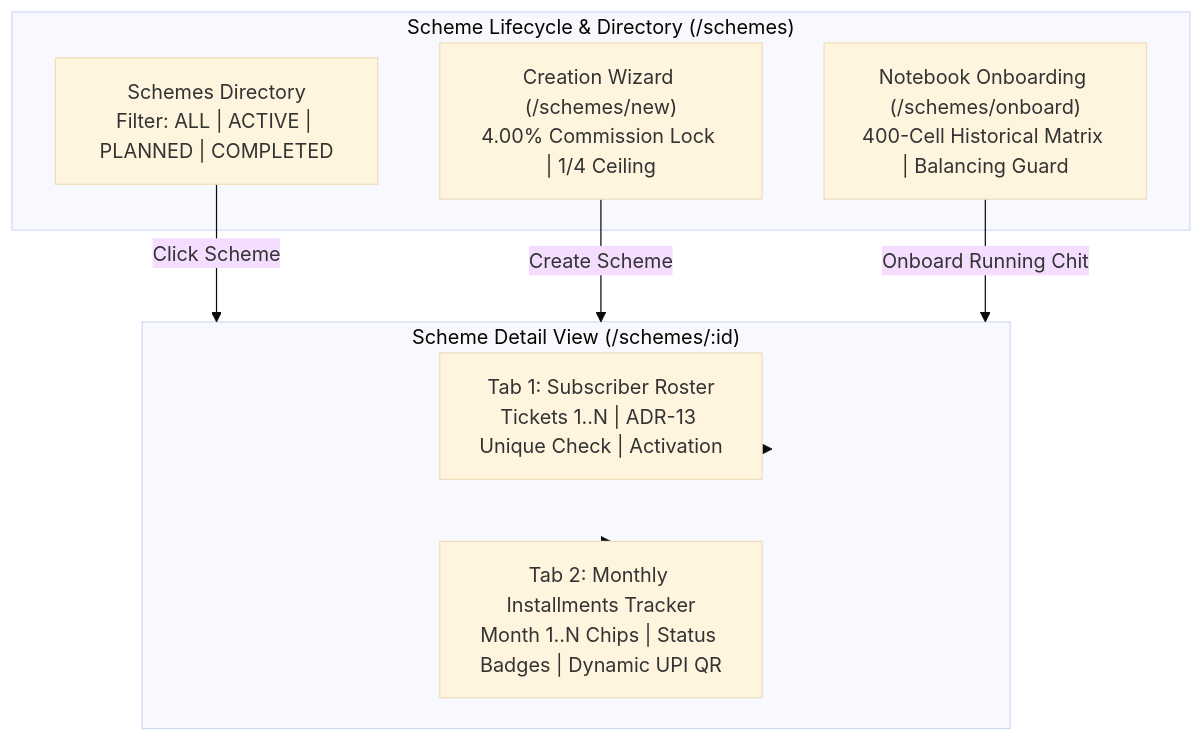
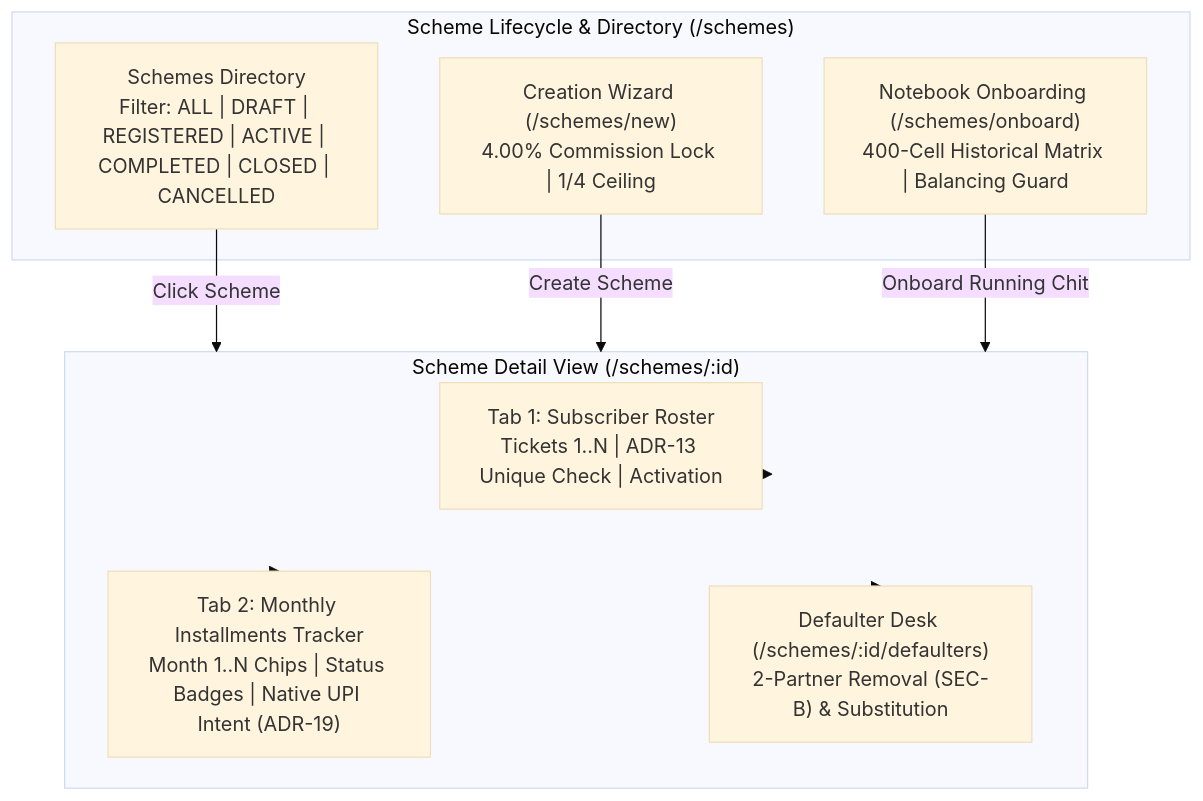
The diagram in docs/web/chit-schemes-management.md (Kathir-24/Kumaran-finance), drawn with Mermaid (base theme) before and after one commit. The commit also changed other lines of this file and 4 other files, not shown here.

````diff
--- a/docs/web/chit-schemes-management.md
+++ b/docs/web/chit-schemes-management.md
@@ -16,19 +16,21 @@
 ```mermaid
 flowchart TD
     subgraph Management["Scheme Lifecycle & Directory (/schemes)"]
-        Dir["Schemes Directory\nFilter: ALL | ACTIVE | PLANNED | COMPLETED"]
+        Dir["Schemes Directory\nFilter: ALL | DRAFT | REGISTERED | ACTIVE | COMPLETED | CLOSED | CANCELLED"]
         Wiz["Creation Wizard (/schemes/new)\n4.00% Commission Lock | 1/4 Ceiling"]
         Grid["Notebook Onboarding (/schemes/onboard)\n400-Cell Historical Matrix | Balancing Guard"]
     end
 
     subgraph Detail["Scheme Detail View (/schemes/:id)"]
         Tab1["Tab 1: Subscriber Roster\nTickets 1..N | ADR-13 Unique Check | Activation"]
-        Tab2["Tab 2: Monthly Installments Tracker\nMonth 1..N Chips | Status Badges | Dynamic UPI QR"]
+        Tab2["Tab 2: Monthly Installments Tracker\nMonth 1..N Chips | Status Badges | Native UPI Intent (ADR-19)"]
+        Def["Defaulter Desk (/schemes/:id/defaulters)\n2-Partner Removal (SEC-B) & Substitution"]
     end
 
     Dir -->|Click Scheme| Detail
     Wiz -->|Create Scheme| Detail
     Grid -->|Onboard Running Chit| Detail
     Detail --> Tab1
     Detail --> Tab2
+    Detail --> Def
 ```
````
